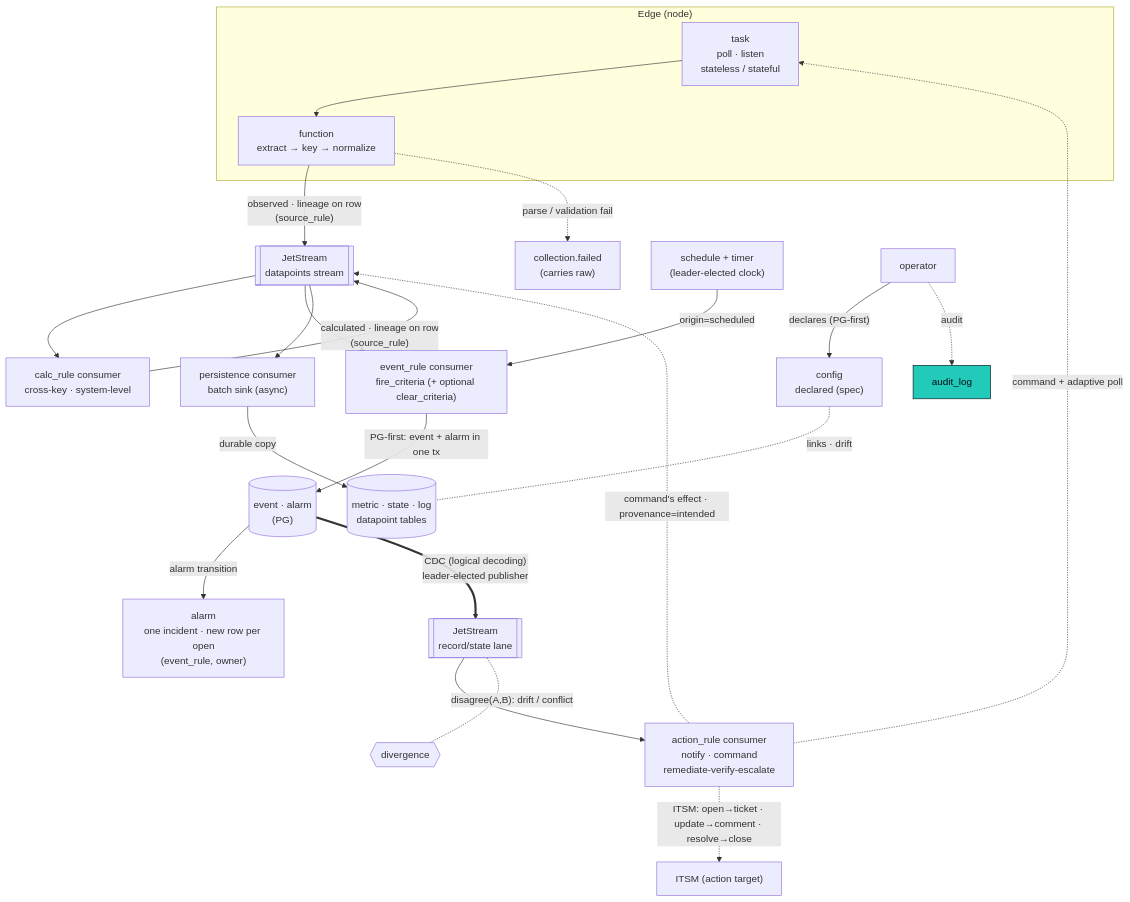
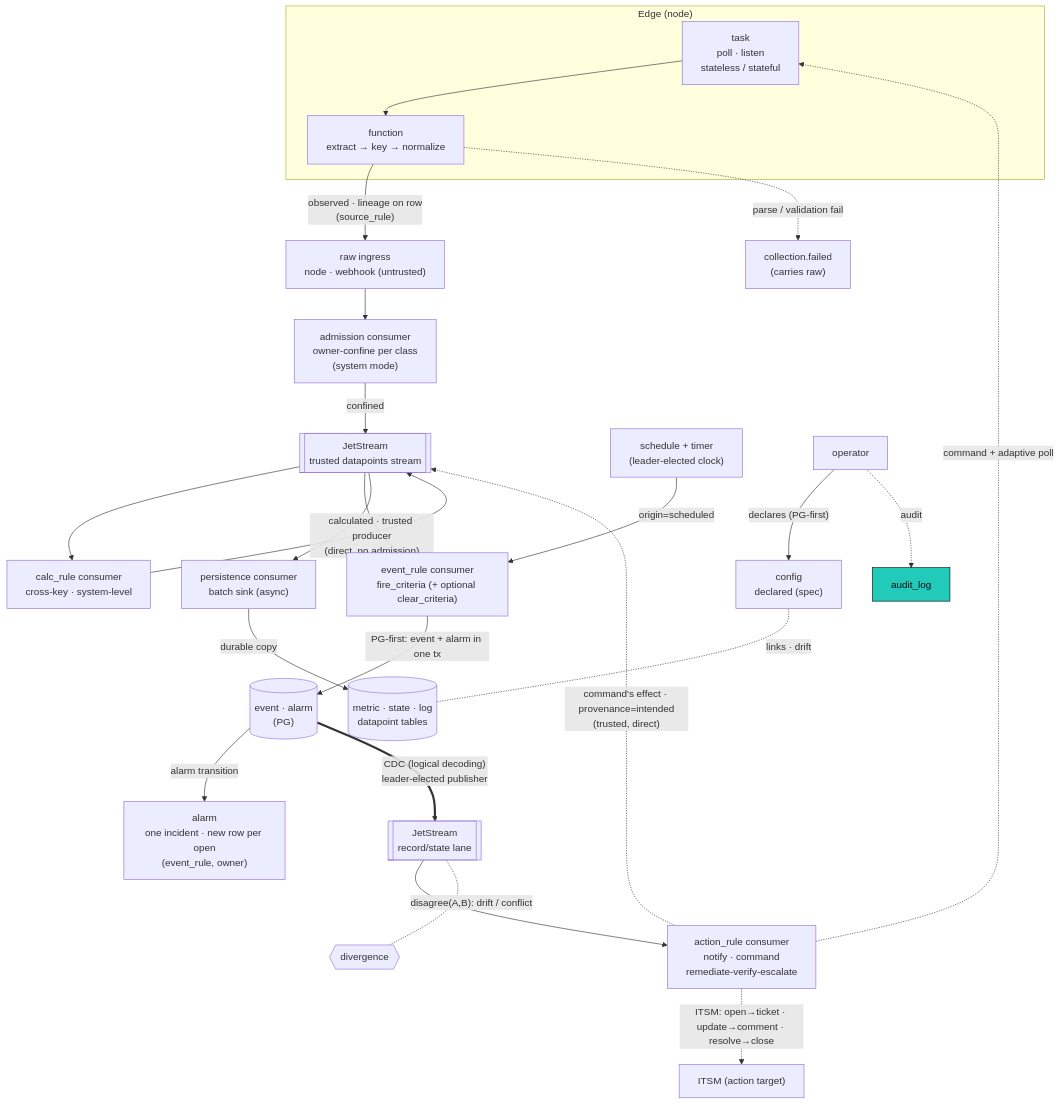
One commit to hyperscaleav/omniglass changed the diagram in docs/src/content/docs/architecture/datapoints.md. Above: the diagram before and after it, drawn with Mermaid. The commit also changed other lines of this file and 6 other files, not shown here.

````diff
--- a/docs/src/content/docs/architecture/datapoints.md
+++ b/docs/src/content/docs/architecture/datapoints.md
@@ -254,38 +254,41 @@
 ```mermaid
 flowchart TD
   subgraph edge["Edge (node)"]
     TASK["task<br/>poll · listen<br/>stateless / stateful"]
     FN["function<br/>extract → key → normalize"]
     TASK --> FN
   end
 
-  FN -->|"observed · lineage on row<br/>(source_rule)"| DS[["JetStream<br/>datapoints stream"]]
+  FN -->|"observed · lineage on row<br/>(source_rule)"| RAW["raw ingress<br/>node · webhook (untrusted)"]
   FN -.->|"parse / validation fail"| CF["collection.failed<br/>(carries raw)"]
 
+  RAW --> ADMIT["admission consumer<br/>owner-confine per class<br/>(system mode)"]
+  ADMIT -->|"confined"| DS[["JetStream<br/>trusted datapoints stream"]]
+
   DS --> CALC["calc_rule consumer<br/>cross-key · system-level"]
-  CALC -->|"calculated · lineage on row<br/>(source_rule)"| DS
+  CALC -->|"calculated · trusted producer<br/>(direct, no admission)"| DS
 
   DS --> ER["event_rule consumer<br/>fire_criteria (+ optional clear_criteria)"]
   DS --> PERSIST["persistence consumer<br/>batch sink (async)"]
   PERSIST -->|"durable copy"| M[("metric · state · log<br/>datapoint tables")]
 
   SCH["schedule + timer<br/>(leader-elected clock)"] -->|"origin=scheduled"| ER
   ER -->|"PG-first: event + alarm in one tx"| PG[("event · alarm<br/>(PG)")]
 
   PG -->|"alarm transition"| AL["alarm<br/>one incident · new row per open<br/>(event_rule, owner)"]
   PG ==>|"CDC (logical decoding)<br/>leader-elected publisher"| CDC[["JetStream<br/>record/state lane"]]
 
   CDC --> ACT["action_rule consumer<br/>notify · command<br/>remediate-verify-escalate"]
-  ACT -.->|"command's effect · provenance=intended"| DS
+  ACT -.->|"command's effect · provenance=intended<br/>(trusted, direct)"| DS
   ACT -.->|"ITSM: open→ticket · update→comment · resolve→close"| ITSM["ITSM (action target)"]
   ACT -.->|"command + adaptive poll"| TASK
 
   HUMAN["operator"] -->|"declares (PG-first)"| VAR["config<br/>declared (spec)"]
   VAR -. "links · drift" .- M
   HUMAN -.->|"audit"| AU["audit_log"]
 
   CDC -. "disagree(A,B): drift / conflict" .- DIV{{"divergence"}}
 
   classDef gt fill:#21CAB9,stroke:#080c16,color:#080c16;
   class AU gt;
 ```
````
